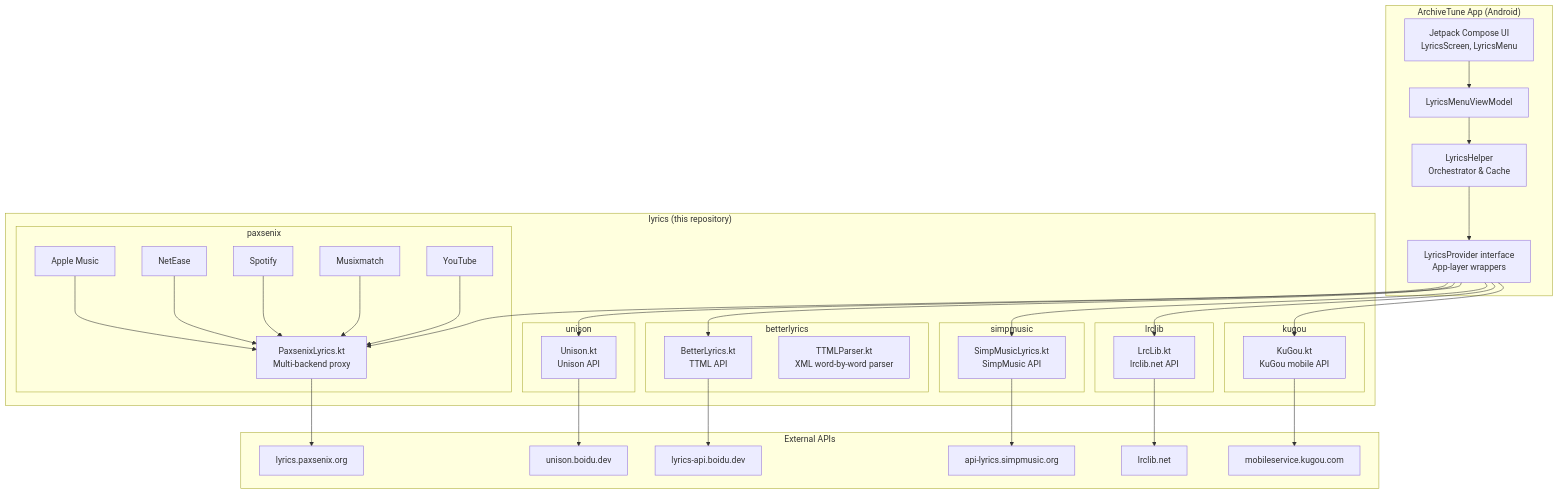
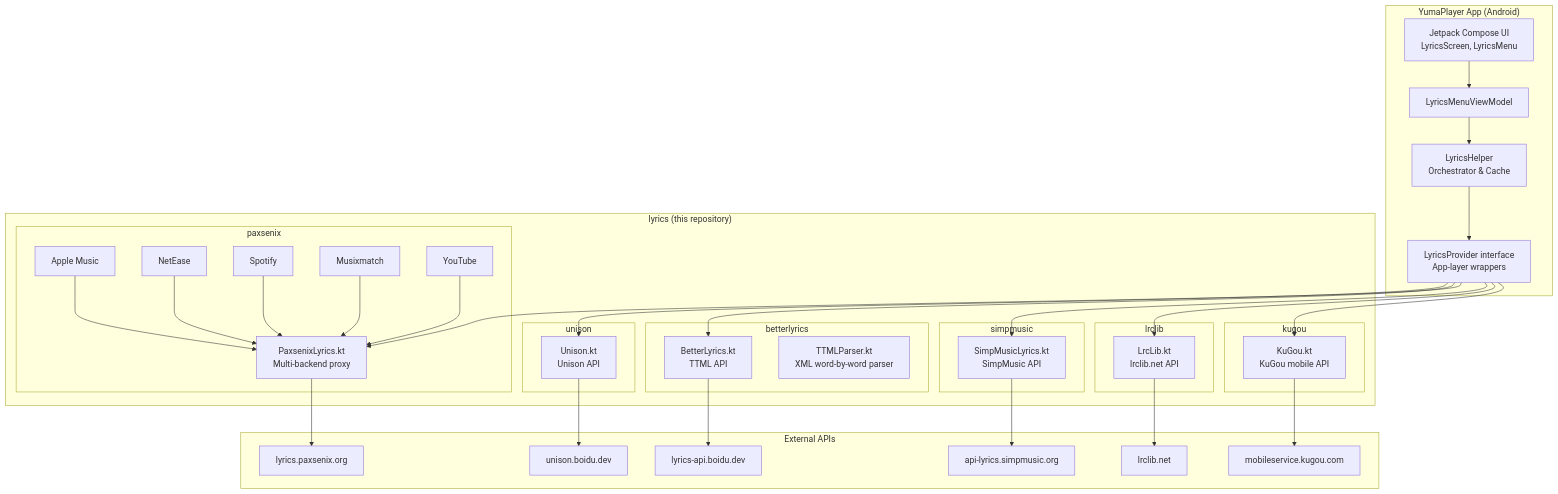
Before and after one commit to CorneelKonings/N-Music: the diagram in lyrics/README.md, drawn with Mermaid. The commit also changed other lines of this file and 25 other files, not shown here.

````diff
--- a/lyrics/README.md
+++ b/lyrics/README.md
@@ -57,56 +57,56 @@
 ```mermaid
 flowchart TB
-    subgraph Android["ArchiveTune App (Android)"]
+    subgraph Android["YumaPlayer App (Android)"]
         UI["Jetpack Compose UI<br/>LyricsScreen, LyricsMenu"]
         VM["LyricsMenuViewModel"]
         LH["LyricsHelper<br/>Orchestrator & Cache"]
         LP["LyricsProvider interface<br/>App-layer wrappers"]
     end
 
     subgraph Lyrics["lyrics (this repository)"]
         subgraph Kugou["kugou"]
             KG["KuGou.kt<br/>KuGou mobile API"]
         end
         subgraph Lrclib["lrclib"]
             LL["LrcLib.kt<br/>lrclib.net API"]
         end
         subgraph Simpmusic["simpmusic"]
             SM["SimpMusicLyrics.kt<br/>SimpMusic API"]
         end
         subgraph Paxsenix["paxsenix"]
             PX["PaxsenixLyrics.kt<br/>Multi-backend proxy"]
             PXAM["Apple Music"]
             PXNE["NetEase"]
             PXSP["Spotify"]
             PXMX["Musixmatch"]
             PXYT["YouTube"]
         end
         subgraph Betterlyrics["betterlyrics"]
             BL["BetterLyrics.kt<br/>TTML API"]
             TTP["TTMLParser.kt<br/>XML word-by-word parser"]
         end
         subgraph Unison["unison"]
             UN["Unison.kt<br/>Unison API"]
         end
     end
 
     subgraph External["External APIs"]
         EXKG["mobileservice.kugou.com"]
         EXLL["lrclib.net"]
         EXSM["api-lyrics.simpmusic.org"]
         EXPX["lyrics.paxsenix.org"]
         EXBL["lyrics-api.boidu.dev"]
         EXUN["unison.boidu.dev"]
     end
 
     UI --> VM --> LH
     LH --> LP
     LP --> KG & LL & SM & PX & BL & UN
     KG --> EXKG
     LL --> EXLL
     SM --> EXSM
     PX --> EXPX
     PXAM & PXNE & PXSP & PXMX & PXYT --> PX
     BL --> EXBL
     UN --> EXUN
 ```
````
